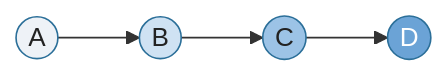
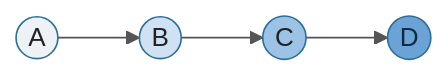
Before and after one commit to asiermarzo/ssoo: the second of 3 diagrams in PRACTICA/02-procesos-e-hilos/README.md, drawn with Mermaid. The commit also changed other lines of this file and 89 other files, not shown here.

Commit message:
quitar ejercicios extra y ocultar temas teoría/práctica hasta que estén revisados. Ajustes color fondos mermaid

````diff
--- a/PRACTICA/02-procesos-e-hilos/README.md
+++ b/PRACTICA/02-procesos-e-hilos/README.md
@@ -182,14 +183,15 @@
    ```mermaid
+   %%{init: {'theme': 'base', 'themeVariables': {'background': '#ffffff', 'primaryColor': '#eef2f7', 'primaryTextColor': '#1a1a1a', 'primaryBorderColor': '#555555', 'lineColor': '#555555', 'secondaryColor': '#f4f4f4', 'tertiaryColor': '#ffffff'}}}%%
    flowchart LR
        A((A)) --> B((B)) --> C((C)) --> D((D))
 
        classDef p1 fill:#eef2f7,stroke:#2b6f99,color:#222;
        classDef p2 fill:#cfe2f3,stroke:#2b6f99,color:#222;
        classDef p3 fill:#9cc3e6,stroke:#2b6f99,color:#222;
-       classDef p4 fill:#6ba3d6,stroke:#2b6f99,color:#ffffff;
+       classDef p4 fill:#6ba3d6,stroke:#2b6f99,color:#0d2a3f;
 
        class A p1;
        class B p2;
        class C p3;
        class D p4;
    ```
````
